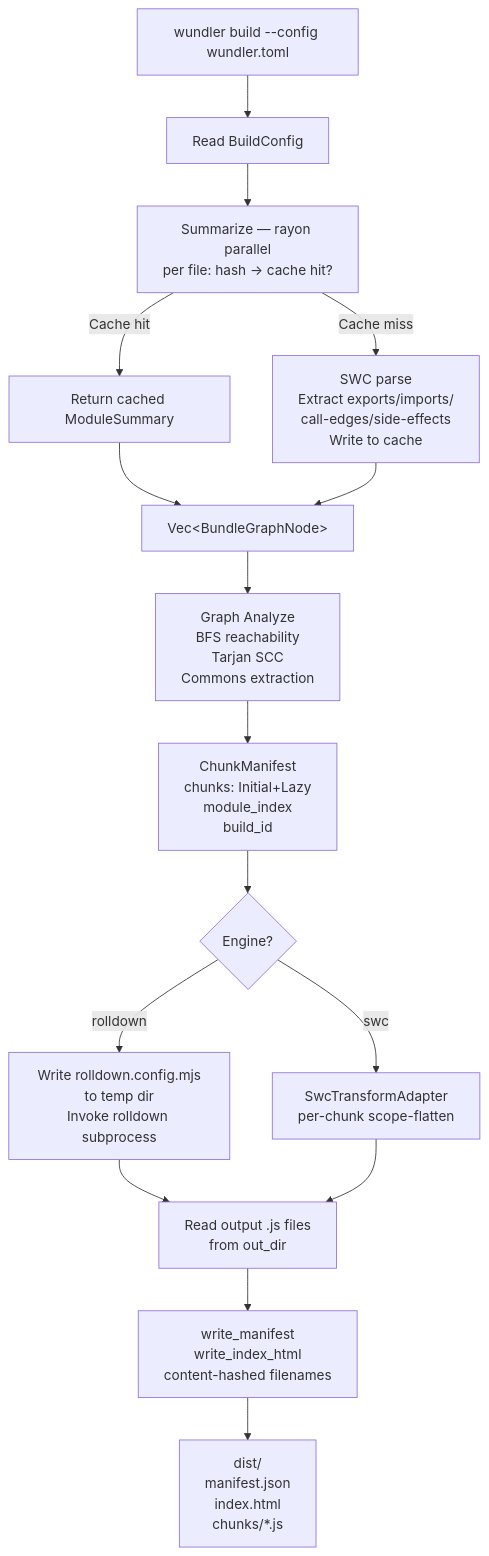
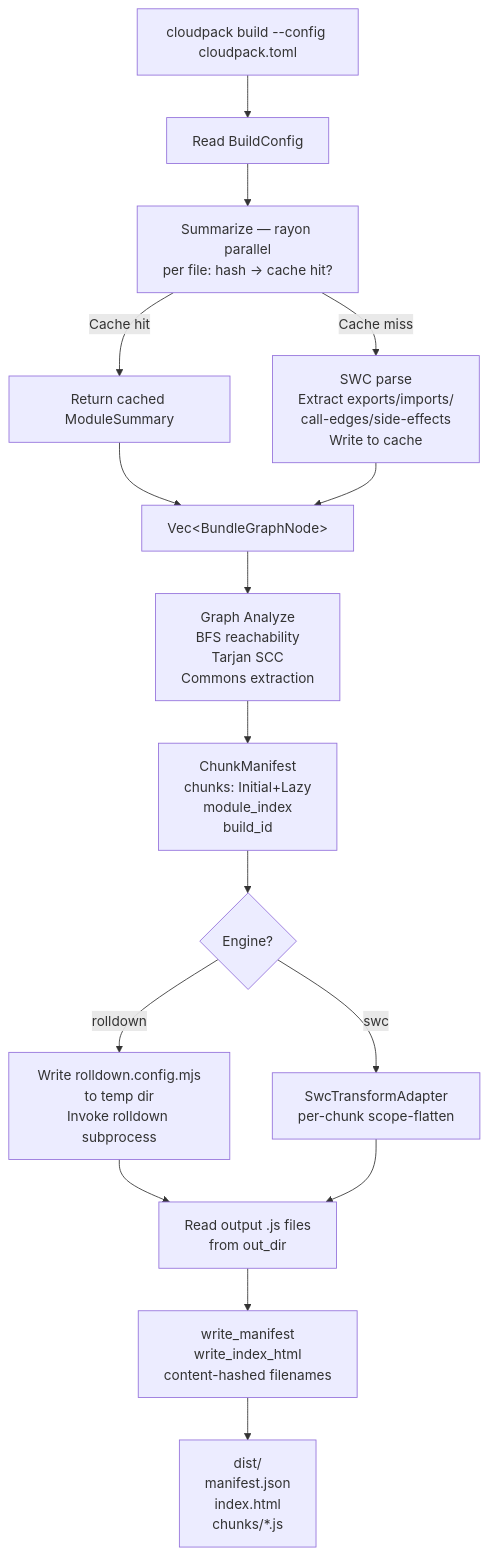
Before and after one commit to kenotron-ms/wundler: the second of 8 diagrams in docs/WORKFLOWS.md, drawn with Mermaid. The commit also changed other lines of this file and 394 other files, not shown here.

Commit message:
chore: rename project wundler → cloudpack

````diff
--- a/docs/WORKFLOWS.md
+++ b/docs/WORKFLOWS.md
@@ -31,18 +31,18 @@
 ```mermaid
 flowchart TD
-    A[wundler build --config wundler.toml] --> B[Read BuildConfig]
+    A[cloudpack build --config cloudpack.toml] --> B[Read BuildConfig]
     B --> C[Summarize — rayon parallel<br/>per file: hash → cache hit?]
     C -->|Cache hit| D[Return cached ModuleSummary]
     C -->|Cache miss| E[SWC parse<br/>Extract exports/imports/<br/>call-edges/side-effects<br/>Write to cache]
     D --> F[Vec&lt;BundleGraphNode&gt;]
     E --> F
     F --> G[Graph Analyze<br/>BFS reachability<br/>Tarjan SCC<br/>Commons extraction]
     G --> H[ChunkManifest<br/>chunks: Initial+Lazy<br/>module_index<br/>build_id]
     H --> I{Engine?}
     I -->|rolldown| J[Write rolldown.config.mjs<br/>to temp dir<br/>Invoke rolldown subprocess]
     I -->|swc| K[SwcTransformAdapter<br/>per-chunk scope-flatten]
     J --> L[Read output .js files<br/>from out_dir]
     K --> L
     L --> M[write_manifest<br/>write_index_html<br/>content-hashed filenames]
     M --> N[dist/<br/>  manifest.json<br/>  index.html<br/>  chunks/*.js]
 ```
````
